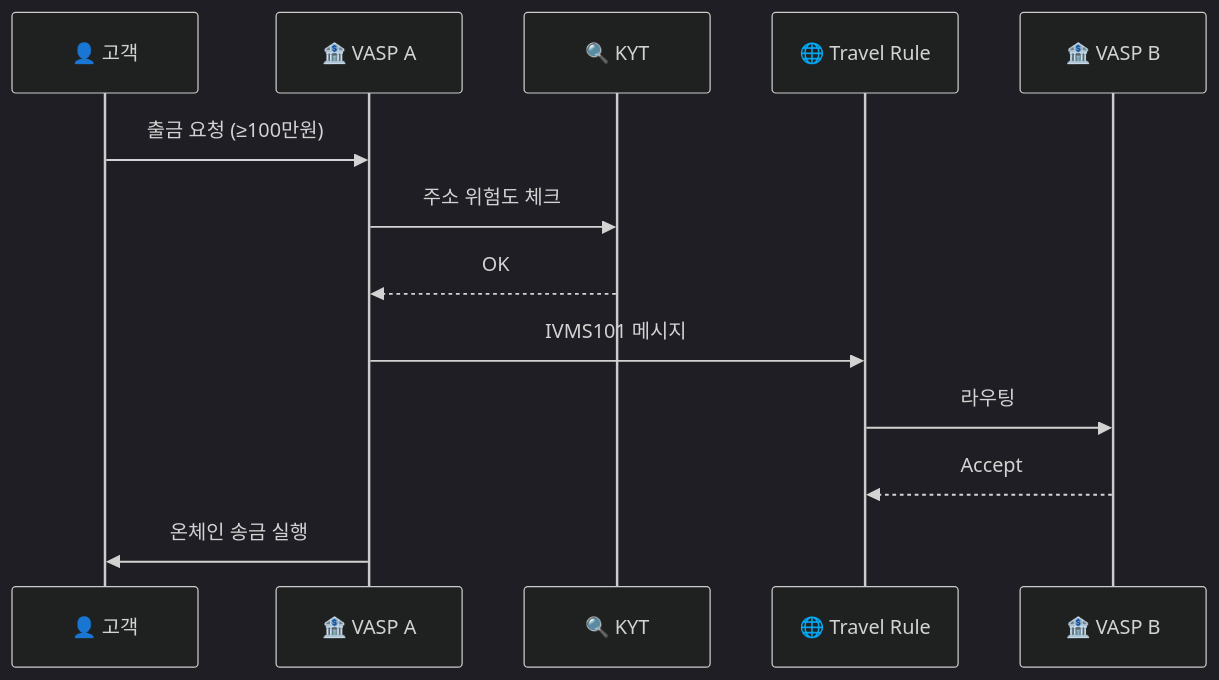
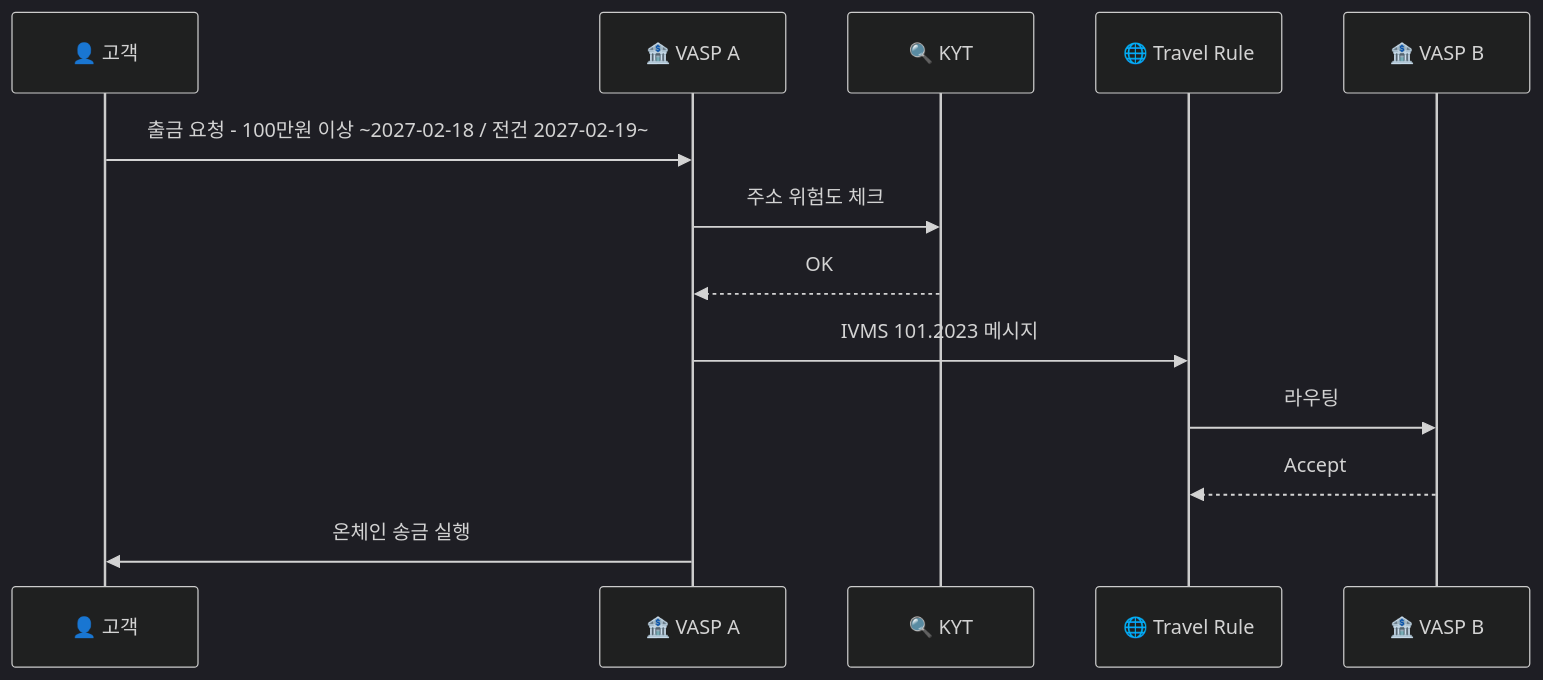
One commit to lala-david/aml-notes changed the first of 2 diagrams in curriculum/day_22.md. Above: the diagram before and after it, drawn with Mermaid (dark theme). The commit also changed other lines of this file and 233 other files, not shown here.

````diff
--- a/curriculum/day_22.md
+++ b/curriculum/day_22.md
@@ -13,15 +13,15 @@
 ```mermaid
 sequenceDiagram
     participant A as 👤 고객
     participant U as 🏦 VASP A
     participant K as 🔍 KYT
     participant V as 🌐 Travel Rule
     participant B as 🏦 VASP B
-    A->>U: 출금 요청 (≥100만원)
+    A->>U: 출금 요청 - 100만원 이상 ~2027-02-18 / 전건 2027-02-19~
     U->>K: 주소 위험도 체크
     K-->>U: OK
-    U->>V: IVMS101 메시지
+    U->>V: IVMS 101.2023 메시지
     V->>B: 라우팅
     B-->>V: Accept
     U->>A: 온체인 송금 실행
 ```
````
